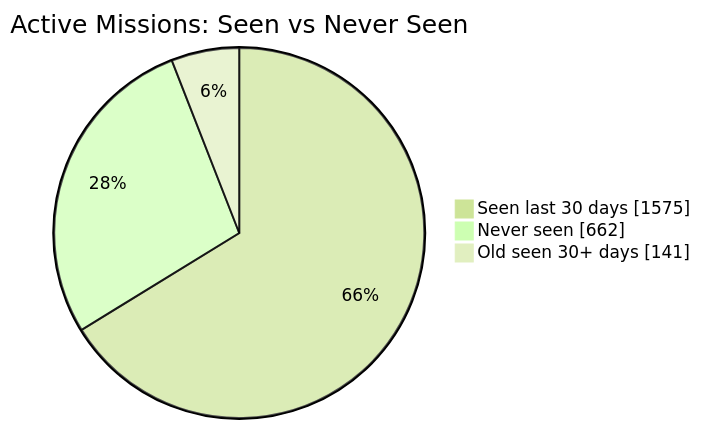
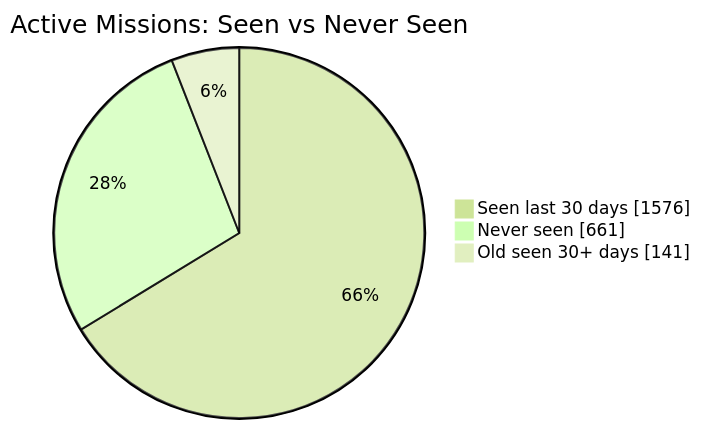
The first of 2 diagrams in README.md (MeldkamerspelGameTeam/active-missions), drawn with Mermaid (forest theme) before and after one commit. The commit also changed other lines of this file and 2 other files, not shown here.

````diff
--- a/README.md
+++ b/README.md
@@ -34,7 +34,7 @@
 ```mermaid
 pie showData
     title Active Missions: Seen vs Never Seen
-    "Seen last 30 days" : 1575
-    "Never seen" : 662
+    "Seen last 30 days" : 1576
+    "Never seen" : 661
     "Old seen 30+ days" : 141
 ```
````
